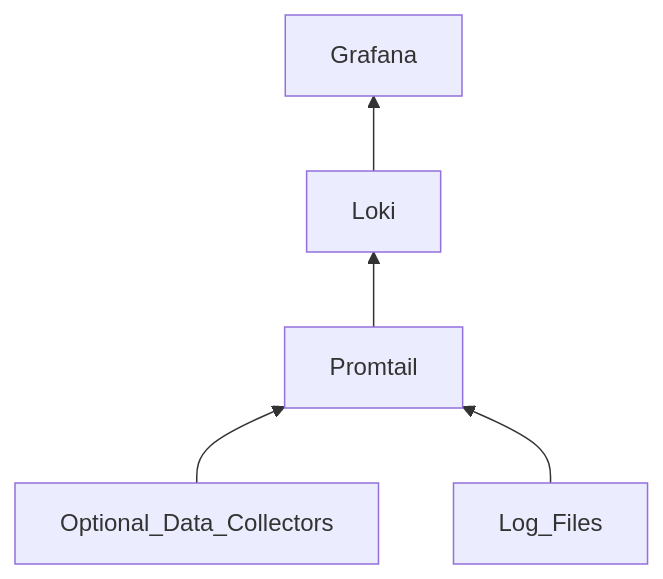
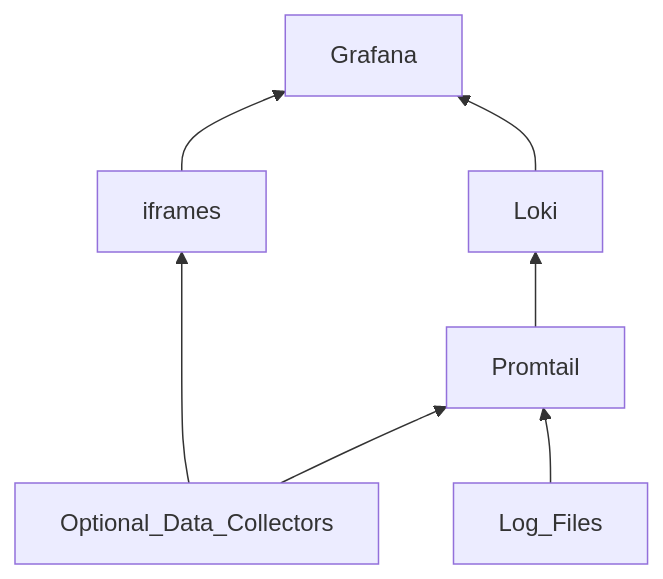
Before and after one commit to brendankane04/grafana-for-embedded: the first of 2 diagrams in README.md, drawn with Mermaid.

````diff
--- a/README.md
+++ b/README.md
@@ -18,7 +18,9 @@
 ```mermaid
 graph BT;
       Optional_Data_Collectors-->Promtail;
       Log_Files-->Promtail;
       Promtail-->Loki;
+      Optional_Data_Collectors-->iframes;
+      iframes-->Grafana
       Loki-->Grafana;
 ```
````
